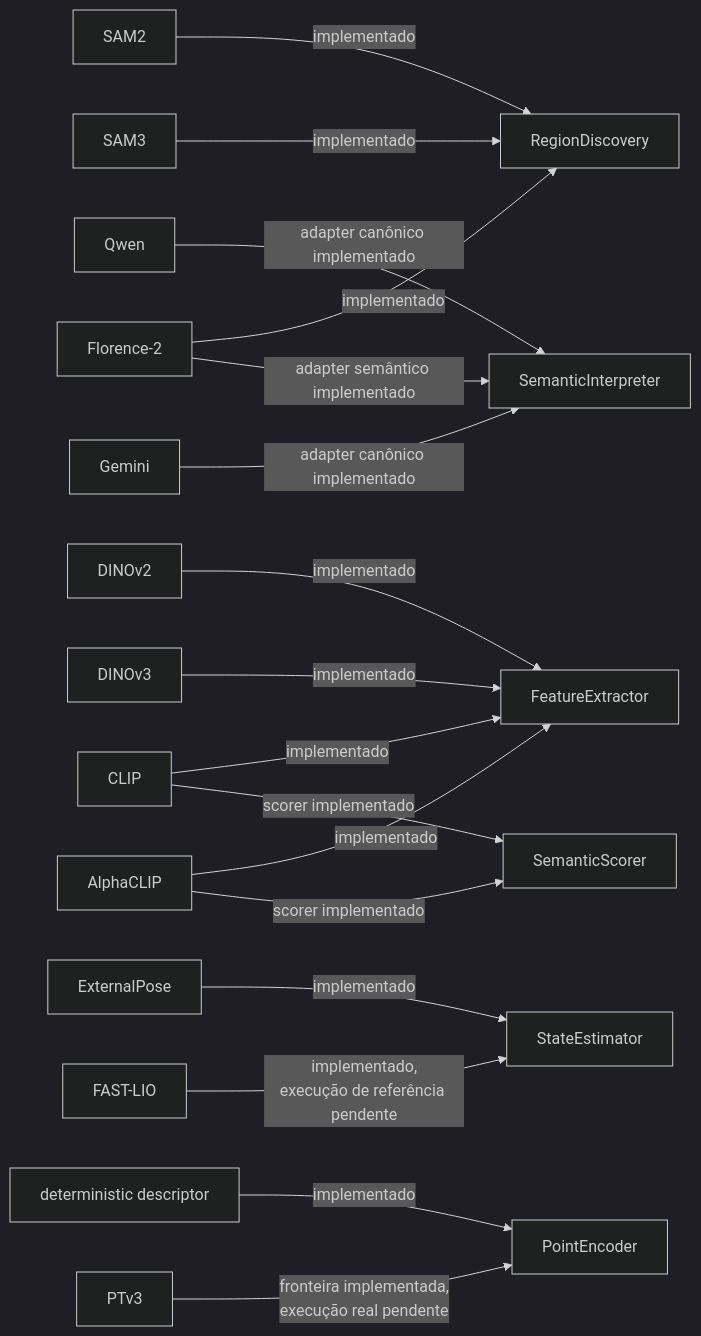
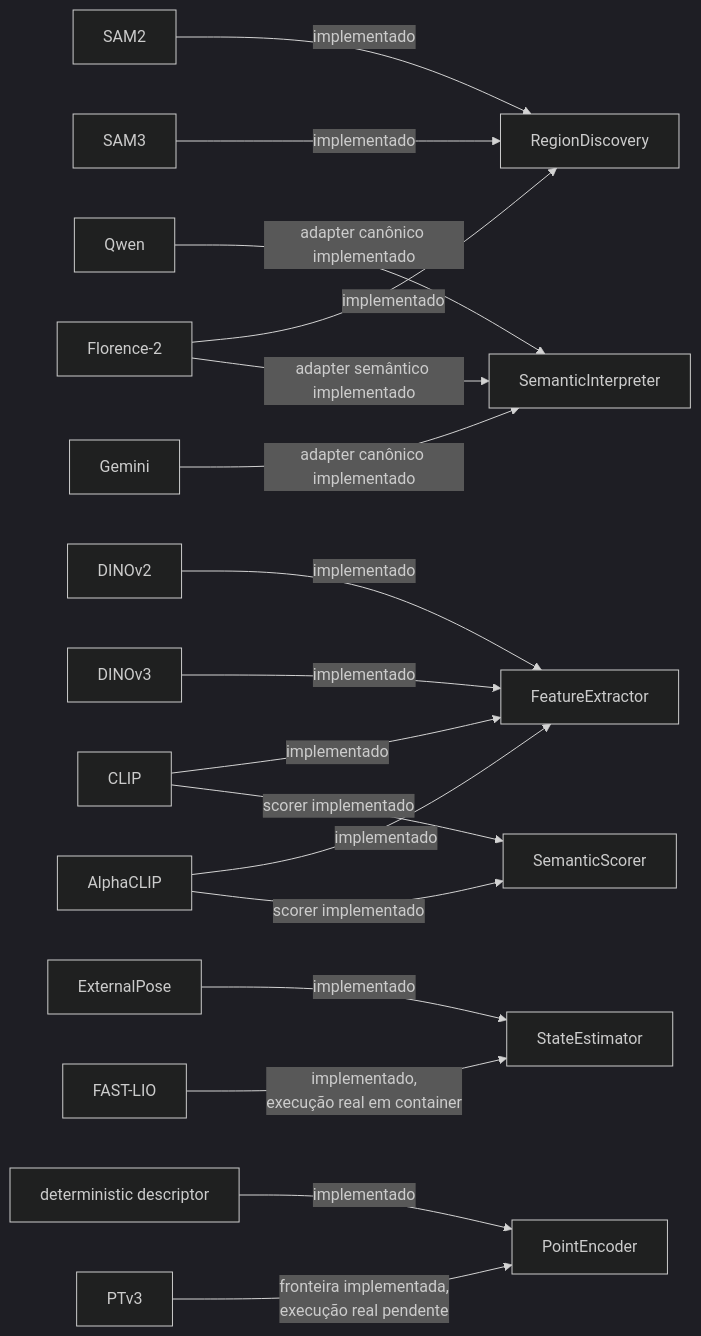
Before and after one commit to Alexandre-Tortoza/contextmap2: the fourth of 7 diagrams in docs/architecture.md, drawn with Mermaid (dark theme). The commit also changed other lines of this file and 3 other files, not shown here.

````diff
--- a/docs/architecture.md
+++ b/docs/architecture.md
@@ -277,27 +277,27 @@
 ```mermaid
 flowchart LR
     RD["RegionDiscovery"]
     FE["FeatureExtractor"]
     SI["SemanticInterpreter"]
     SS["SemanticScorer"]
     SE["StateEstimator"]
     PE["PointEncoder"]
 
     SAM2["SAM2"] -->|implementado| RD
     SAM3["SAM3"] -->|implementado| RD
     F2["Florence-2"] -->|implementado| RD
 
     D2["DINOv2"] -->|implementado| FE
     D3["DINOv3"] -->|implementado| FE
     CLIP["CLIP"] -->|implementado| FE
     ACLIP["AlphaCLIP"] -->|implementado| FE
     Q["Qwen"] -->|adapter canônico implementado| SI
     G["Gemini"] -->|adapter canônico implementado| SI
     F2 -->|adapter semântico implementado| SI
     CLIP -->|scorer implementado| SS
     ACLIP -->|scorer implementado| SS
     EXT["ExternalPose"] -->|implementado| SE
-    FL["FAST-LIO"] -->|implementado,<br/>execução de referência pendente| SE
+    FL["FAST-LIO"] -->|implementado,<br/>execução real em container| SE
     DET["deterministic descriptor"] -->|implementado| PE
     PT["PTv3"] -->|fronteira implementada,<br/>execução real pendente| PE
 ```
````
